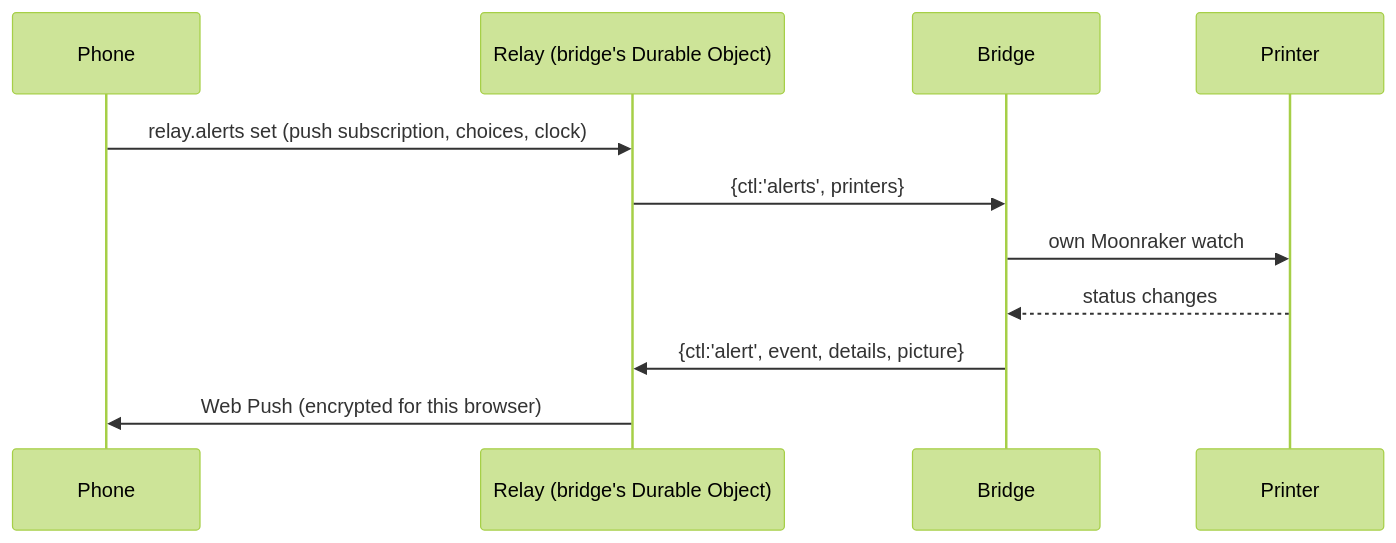
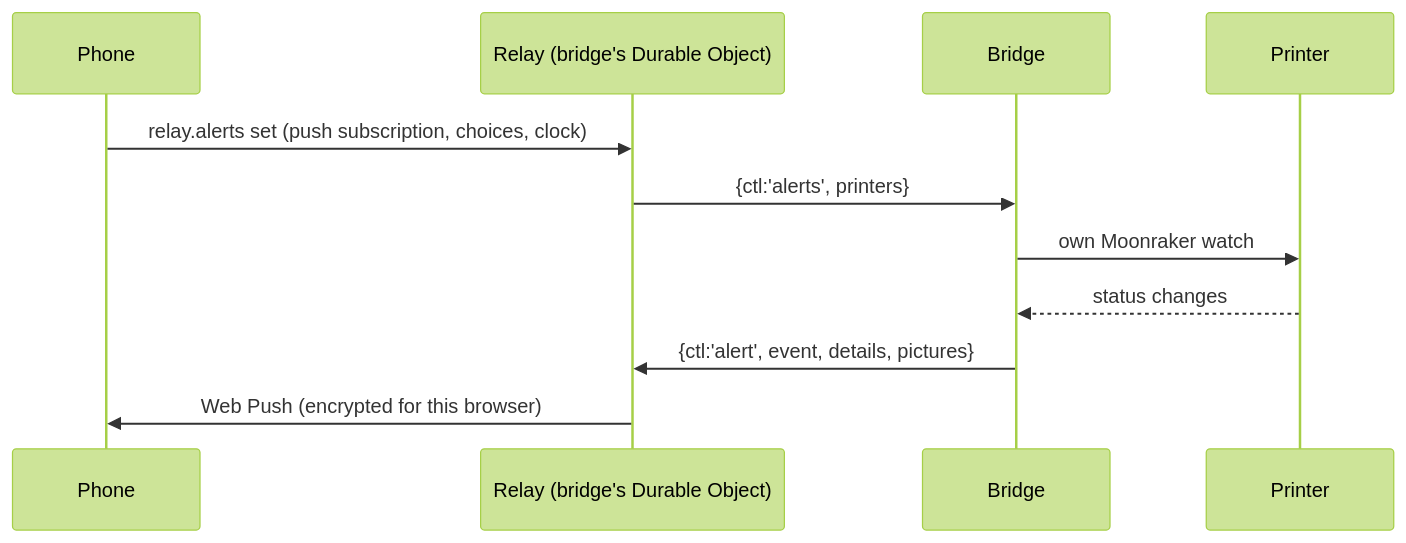
Before and after one commit to nissy34/cloud-slicer: the diagram in docs/architecture/print-alerts.md, drawn with Mermaid (forest theme). The commit also changed other lines of this file and 5 other files, not shown here.

````diff
--- a/docs/architecture/print-alerts.md
+++ b/docs/architecture/print-alerts.md
@@ -28,13 +45,13 @@
 ```mermaid
 sequenceDiagram
   participant P as Phone
   participant R as Relay (bridge's Durable Object)
   participant B as Bridge
   participant K as Printer
   P->>R: relay.alerts set (push subscription, choices, clock)
   R->>B: {ctl:'alerts', printers}
   B->>K: own Moonraker watch
   K-->>B: status changes
-  B->>R: {ctl:'alert', event, details, picture}
+  B->>R: {ctl:'alert', event, details, pictures}
   R->>P: Web Push (encrypted for this browser)
 ```
````
